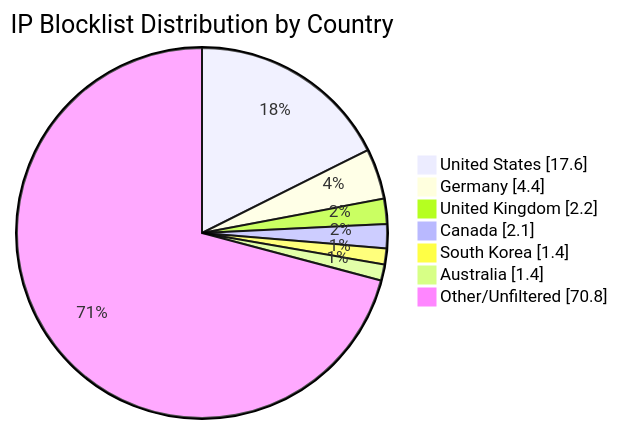
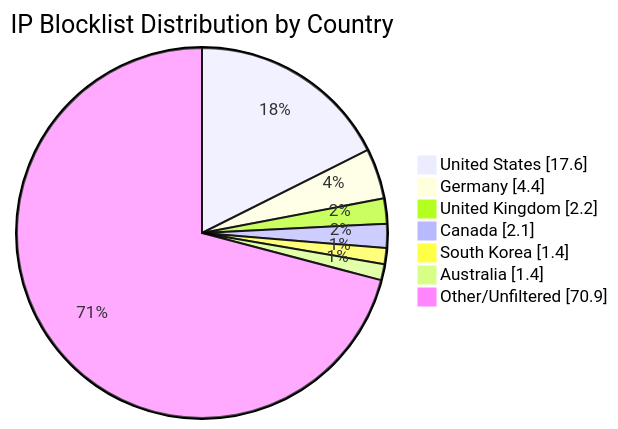
Before and after one commit to MarcusHoltz/ipblocklist-geofiltered-aggregator: the diagram in README.md, drawn with Mermaid. The commit also changed other lines of this file and 9 other files, not shown here.

````diff
--- a/README.md
+++ b/README.md
@@ -34,10 +34,10 @@
 ```mermaid
 pie showData title IP Blocklist Distribution by Country
 "United States" : 17.6
 "Germany" : 4.4
 "United Kingdom" : 2.2
 "Canada" : 2.1
 "South Korea" : 1.4
 "Australia" : 1.4
-"Other/Unfiltered" : 70.8
+"Other/Unfiltered" : 70.9
 ```
````
